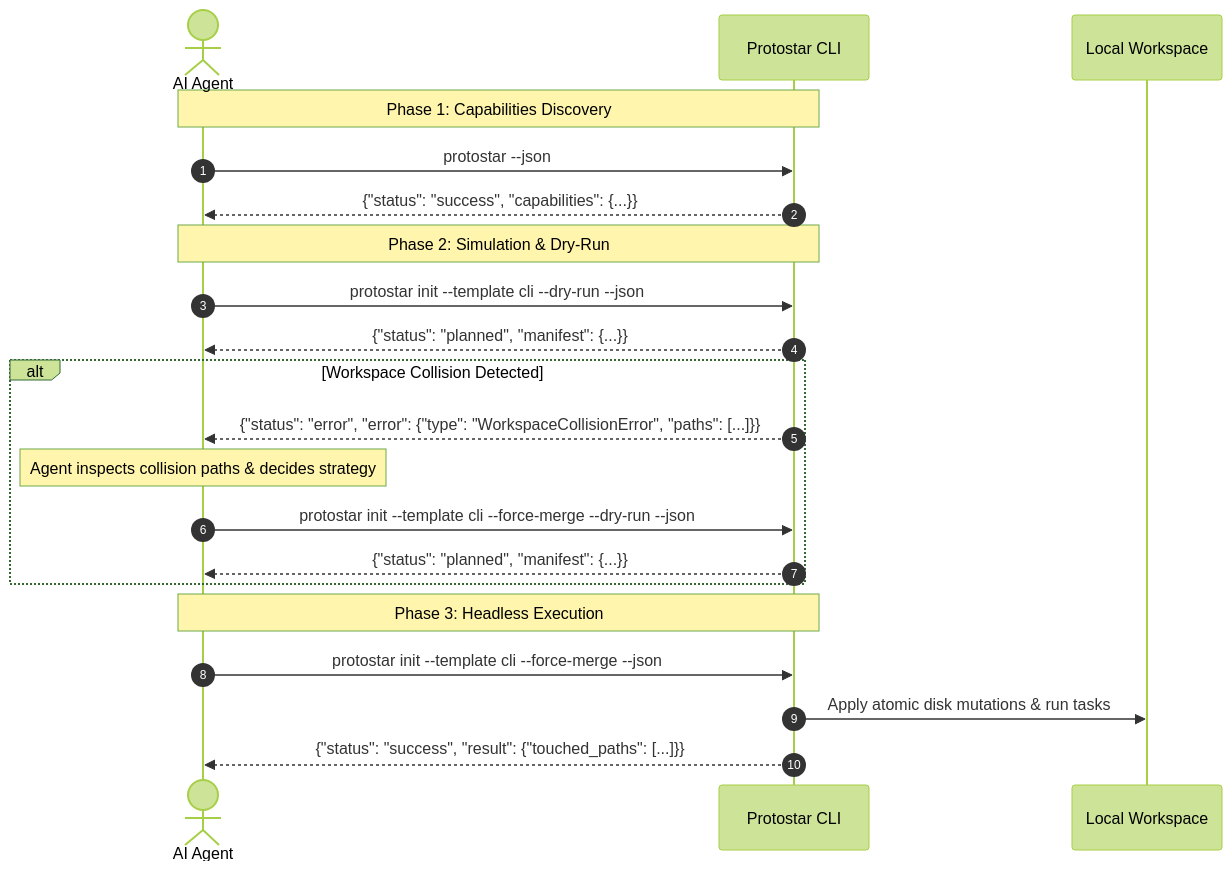
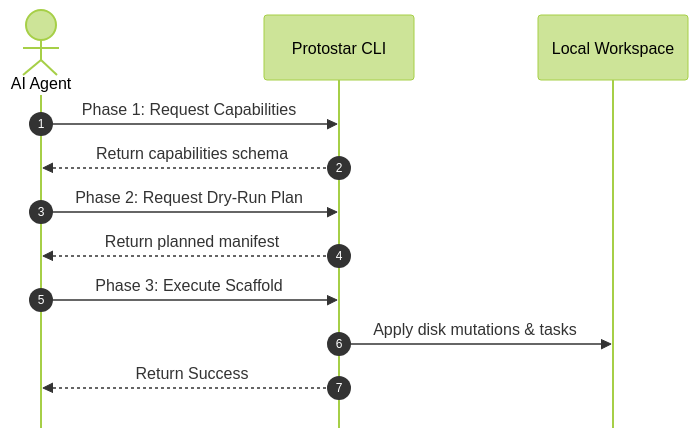
The diagram in docs/usage/agent-interface.md (JacksonFergusonDev/protostar), drawn with Mermaid (forest theme) before and after one commit. The commit also changed other lines of this file and 1 other file, not shown here.

Commit message:
docs: simplify agent lifecycle sequence diagram and fix rendering padding

````diff
--- a/docs/usage/agent-interface.md
+++ b/docs/usage/agent-interface.md
@@ -132,27 +132,18 @@
 ```mermaid
+%%{init: {'sequence': {'mirrorActors': false, 'diagramMarginY': 30, 'bottomMarginAdj': 50}}}%%
 sequenceDiagram
     autonumber
     actor Agent as AI Agent
     participant CLI as Protostar CLI
     participant Disk as Local Workspace
 
-    Note over Agent,CLI: Phase 1: Capabilities Discovery
-    Agent->>CLI: protostar --json
-    CLI-->>Agent: {"status": "success", "capabilities": {...}}
+    Agent->>CLI: Phase 1: Request Capabilities
+    CLI-->>Agent: Return capabilities schema
 
-    Note over Agent,CLI: Phase 2: Simulation & Dry-Run
-    Agent->>CLI: protostar init --template cli --dry-run --json
-    CLI-->>Agent: {"status": "planned", "manifest": {...}}
+    Agent->>CLI: Phase 2: Request Dry-Run Plan
+    CLI-->>Agent: Return planned manifest
 
-    alt Workspace Collision Detected
-        CLI-->>Agent: {"status": "error", "error": {"type": "WorkspaceCollisionError", "paths": [...]}}
-        Note over Agent: Agent inspects collision paths & decides strategy
-        Agent->>CLI: protostar init --template cli --force-merge --dry-run --json
-        CLI-->>Agent: {"status": "planned", "manifest": {...}}
-    end
-
-    Note over Agent,CLI: Phase 3: Headless Execution
-    Agent->>CLI: protostar init --template cli --force-merge --json
-    CLI->>Disk: Apply atomic disk mutations & run tasks
-    CLI-->>Agent: {"status": "success", "result": {"touched_paths": [...]}}
+    Agent->>CLI: Phase 3: Execute Scaffold
+    CLI->>Disk: Apply disk mutations & tasks
+    CLI-->>Agent: Return Success
 ```
````
